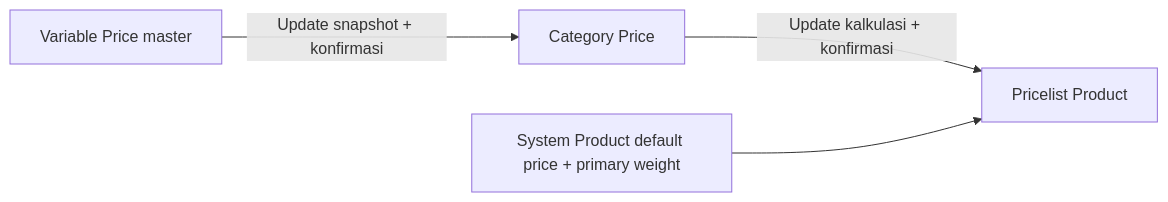
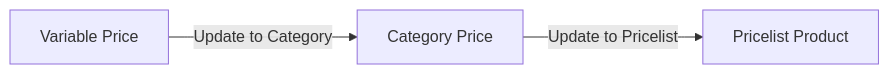
The diagram in qa-docs/_meta/sot/businessdevelopment-variable-price-source-of-truth.md (yendyr/olshoperp-docs), drawn with Mermaid before and after one commit. The commit also changed other lines of this file and 17 other files, not shown here.

First line of the commit message:
docs(bd): sync Variable Price multi-tier stack to review (ETM-16312/13/14)

````diff
--- a/qa-docs/_meta/sot/businessdevelopment-variable-price-source-of-truth.md
+++ b/qa-docs/_meta/sot/businessdevelopment-variable-price-source-of-truth.md
@@ -17,6 +21,5 @@
 ```mermaid
 flowchart LR
-    VP[Variable Price master] -->|Update snapshot + konfirmasi| CP[Category Price]
-    CP -->|Update kalkulasi + konfirmasi| PL[Pricelist Product]
-    PROD[System Product default price + primary weight] --> PL
+    VP[Variable Price] -->|Update to Category| CP[Category Price]
+    CP -->|Update to Pricelist| PL[Pricelist Product]
 ```
````
